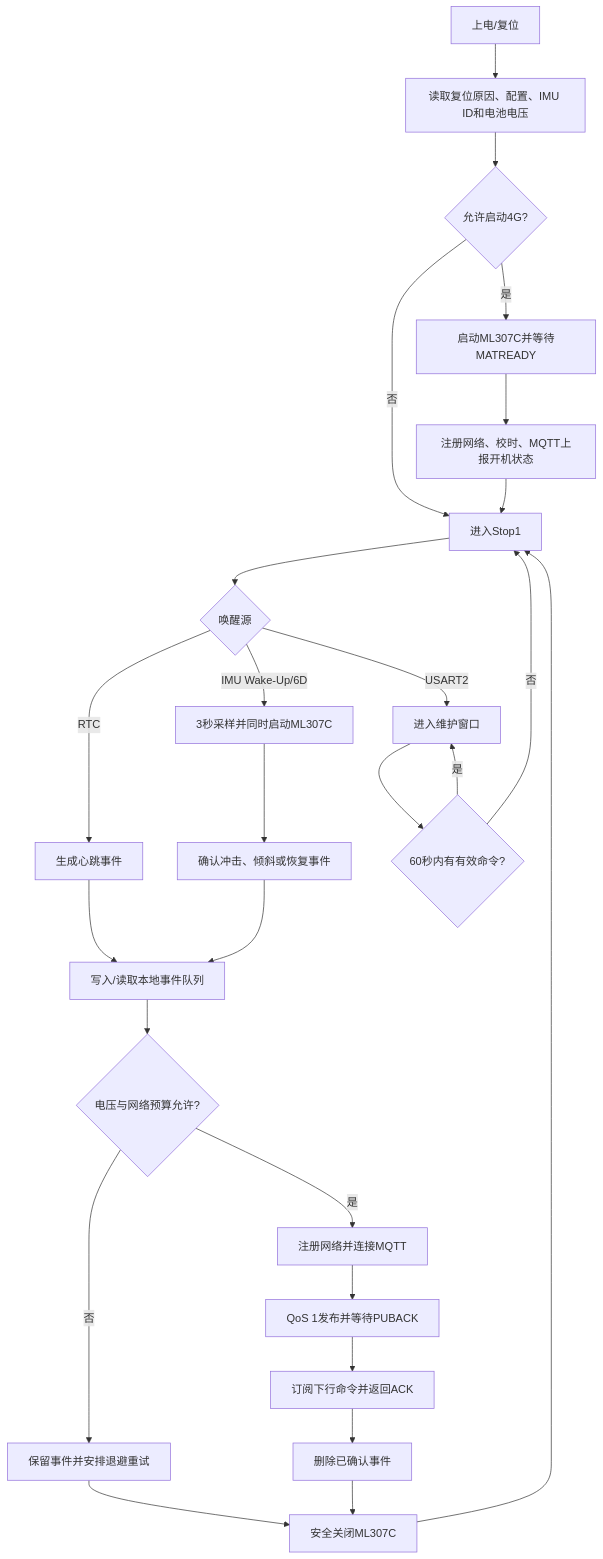
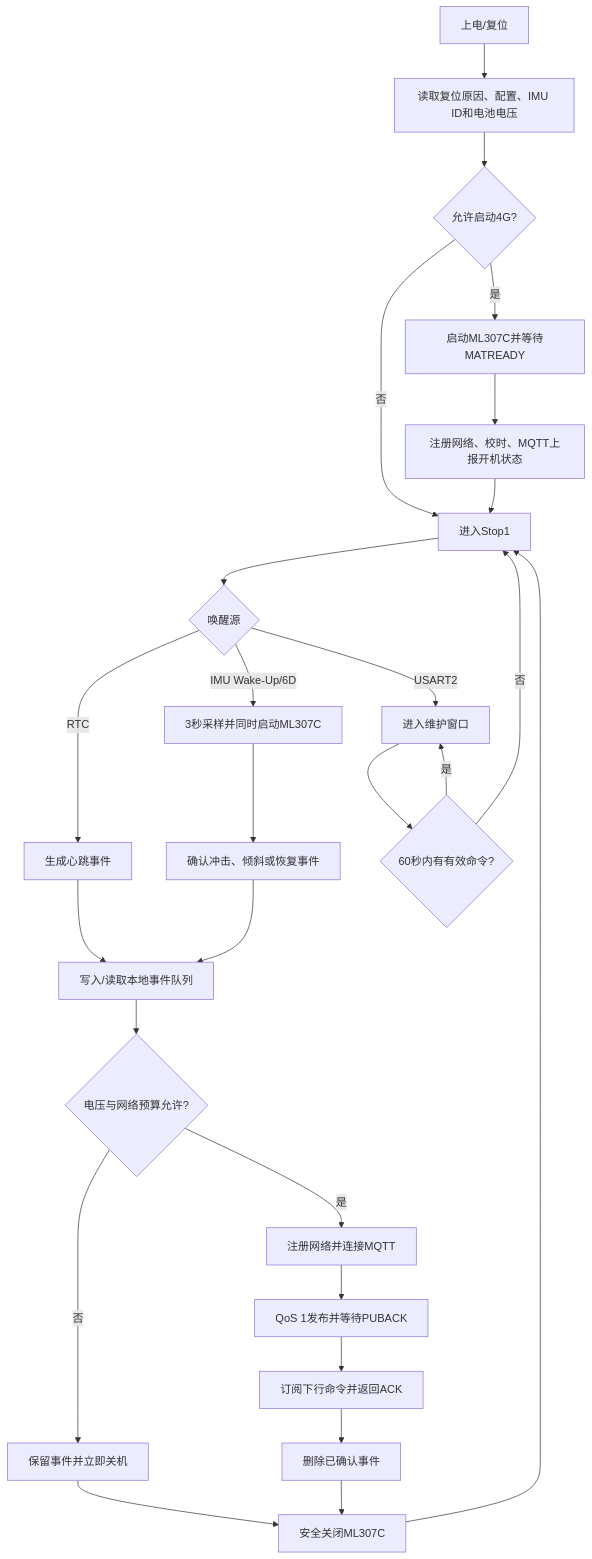
The diagram in README.md (chikab1/solar_imu), drawn with Mermaid before and after one commit. The commit also changed other lines of this file and 22 other files, not shown here.

````diff
--- a/README.md
+++ b/README.md
@@ -51,28 +51,28 @@
 ```mermaid
 flowchart TD
     A[上电/复位] --> B[读取复位原因、配置、IMU ID和电池电压]
     B --> C{允许启动4G?}
     C -->|是| D[启动ML307C并等待MATREADY]
     C -->|否| H[进入Stop1]
     D --> E[注册网络、校时、MQTT上报开机状态]
     E --> H
     H --> I{唤醒源}
     I -->|IMU Wake-Up/6D| J[3秒采样并同时启动ML307C]
     I -->|RTC| K[生成心跳事件]
     I -->|USART2| L[进入维护窗口]
     J --> M[确认冲击、倾斜或恢复事件]
     K --> N[写入/读取本地事件队列]
     M --> N
     N --> O{电压与网络预算允许?}
-    O -->|否| P[保留事件并安排退避重试]
+    O -->|否| P[保留事件并立即关机]
     O -->|是| Q[注册网络并连接MQTT]
     Q --> R[QoS 1发布并等待PUBACK]
     R --> S[订阅下行命令并返回ACK]
     S --> T[删除已确认事件]
     P --> U[安全关闭ML307C]
     T --> U
     U --> H
     L --> V{60秒内有有效命令?}
     V -->|是| L
     V -->|否| H
 ```
````
